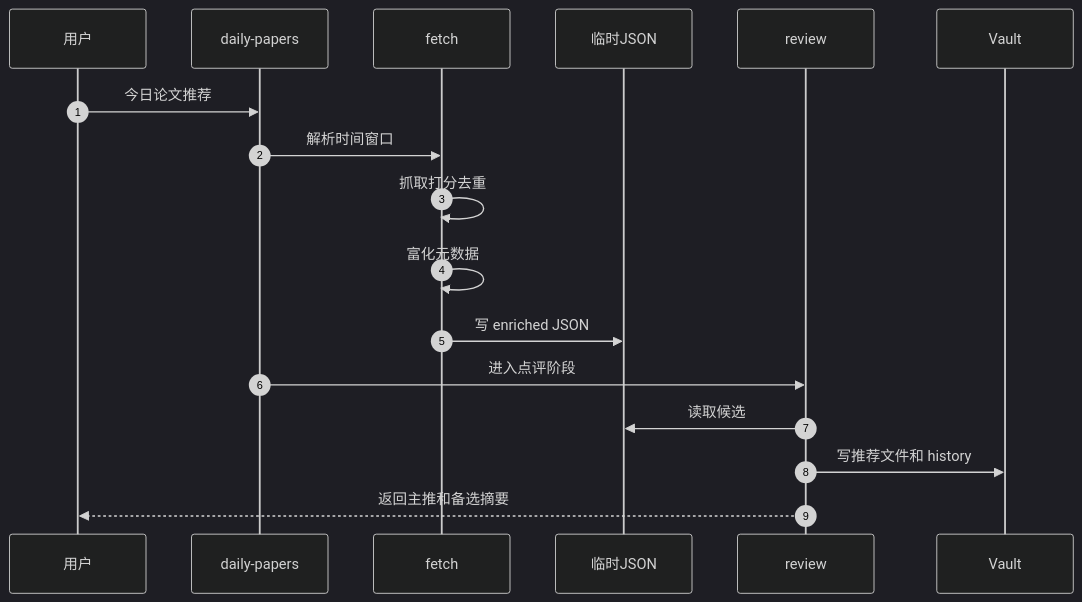
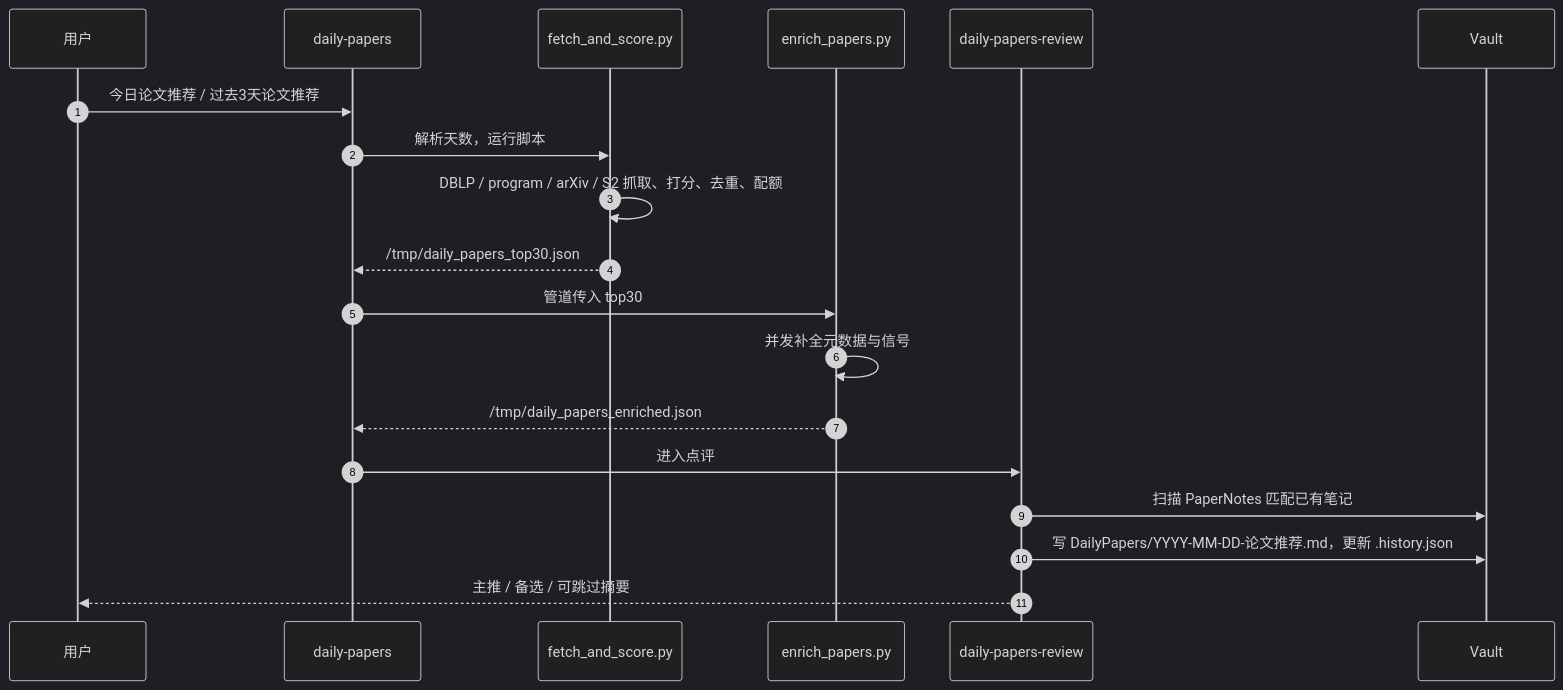
Before and after one commit to BeenLi/arch-reading-skills: the second of 3 diagrams in ARCHITECTURE.md, drawn with Mermaid (dark theme). The commit also changed other lines of this file, not shown here.

First line of the commit message:
docs: regenerate ARCHITECTURE.md with the writing-architecture-docs skill

````diff
--- a/ARCHITECTURE.md
+++ b/ARCHITECTURE.md
@@ -107,20 +87,22 @@
 ```mermaid
 sequenceDiagram
     autonumber
     participant U as 用户
     participant DP as daily-papers
-    participant F as fetch
-    participant T as 临时JSON
-    participant R as review
+    participant F as fetch_and_score.py
+    participant E as enrich_papers.py
+    participant R as daily-papers-review
     participant V as Vault
 
-    U->>DP: 今日论文推荐
-    DP->>F: 解析时间窗口
-    F->>F: 抓取打分去重
-    F->>F: 富化元数据
-    F->>T: 写 enriched JSON
-    DP->>R: 进入点评阶段
-    R->>T: 读取候选
-    R->>V: 写推荐文件和 history
-    R-->>U: 返回主推和备选摘要
+    U->>DP: 今日论文推荐 / 过去3天论文推荐
+    DP->>F: 解析天数，运行脚本
+    F->>F: DBLP / program / arXiv / S2 抓取、打分、去重、配额
+    F-->>DP: /tmp/daily_papers_top30.json
+    DP->>E: 管道传入 top30
+    E->>E: 并发补全元数据与信号
+    E-->>DP: /tmp/daily_papers_enriched.json
+    DP->>R: 进入点评
+    R->>V: 扫描 PaperNotes 匹配已有笔记
+    R->>V: 写 DailyPapers/YYYY-MM-DD-论文推荐.md，更新 .history.json
+    R-->>U: 主推 / 备选 / 可跳过摘要
 ```
````
